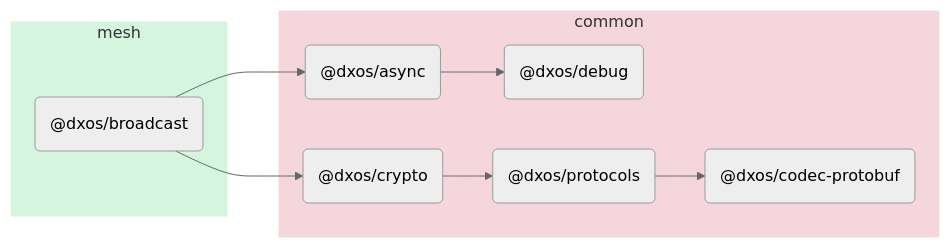
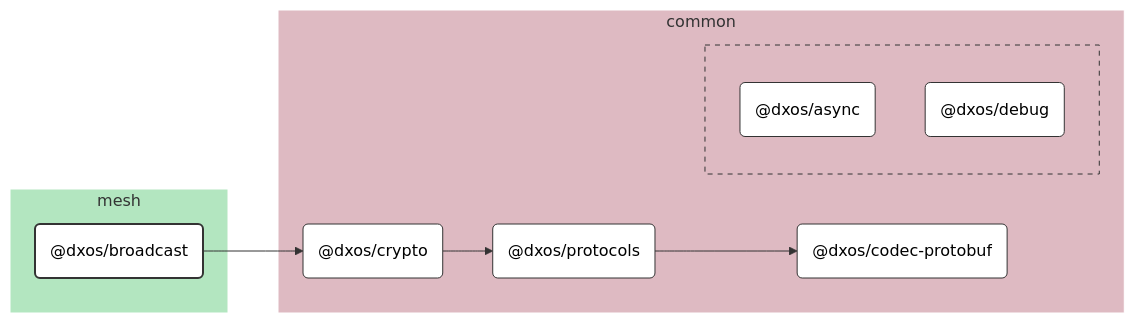
One commit to dxos/dxos changed the diagram in packages/mesh/broadcast/docs/README.md. Above: the diagram before and after it, drawn with Mermaid (neutral theme). The commit also changed other lines of this file and 109 other files, not shown here.

````diff
--- a/packages/mesh/broadcast/docs/README.md
+++ b/packages/mesh/broadcast/docs/README.md
@@ -5,23 +7,53 @@
 ```mermaid
-flowchart LR;
+%%{ init: {'flowchart':{'curve':'basis'}} }%%
 
+flowchart LR
+
+%% Links
+dxos/broadcast --> dxos/crypto;
+dxos/crypto --> dxos/protocols;
+dxos/protocols --> dxos/codec-protobuf;
+
+%% Sections
 subgraph mesh
-  style mesh fill:#d6f5de,stroke:#fff;
-  dxos/broadcast("@dxos/broadcast");
+  style mesh fill:#b3e6c0,stroke:#fff;
+
+  dxos/broadcast("@dxos/broadcast")
 end
 
 subgraph common
-  style common fill:#f5d6dd,stroke:#fff;
-  dxos/async("@dxos/async");
-  dxos/debug("@dxos/debug");
-  dxos/codec-protobuf("@dxos/codec-protobuf");
-  dxos/crypto("@dxos/crypto");
-  dxos/protocols("@dxos/protocols");
+  style common fill:#debac2,stroke:#fff;
+
+  dxos/codec-protobuf("@dxos/codec-protobuf")
+  dxos/crypto("@dxos/crypto")
+  dxos/protocols("@dxos/protocols")
+
+  subgraph common-excluded [ ]
+    style common-excluded fill:#debac2,stroke:#333,stroke-dasharray:5 5;
+
+    dxos/async("@dxos/async")
+    dxos/debug("@dxos/debug")
+  end
 end
 
-dxos/broadcast --> dxos/async;
-dxos/async --> dxos/debug;
-dxos/broadcast --> dxos/crypto;
-dxos/crypto --> dxos/protocols;
-dxos/protocols --> dxos/codec-protobuf;
+
+%% Hyperlinks
+click dxos/async href "https:/github.com/dxos/dxos/tree/main/packages/common/async/docs";
+click dxos/codec-protobuf href "https:/github.com/dxos/dxos/tree/main/packages/common/codec-protobuf/docs";
+click dxos/crypto href "https:/github.com/dxos/dxos/tree/main/packages/common/crypto/docs";
+click dxos/debug href "https:/github.com/dxos/dxos/tree/main/packages/common/debug/docs";
+click dxos/protocols href "https:/github.com/dxos/dxos/tree/main/packages/common/protocols/docs";
+
+%% Styles
+classDef rootNode fill:#fff,stroke:#333,stroke-width:2px
+classDef defaultNode fill:#fff,stroke:#333,stroke-width:1px
+linkStyle default stroke:#333,stroke-width:1px
+
+dxos/broadcast:::rootNode
+
+dxos/async:::defaultNode
+dxos/codec-protobuf:::defaultNode
+dxos/crypto:::defaultNode
+dxos/debug:::defaultNode
+dxos/protocols:::defaultNode
 ```
````
